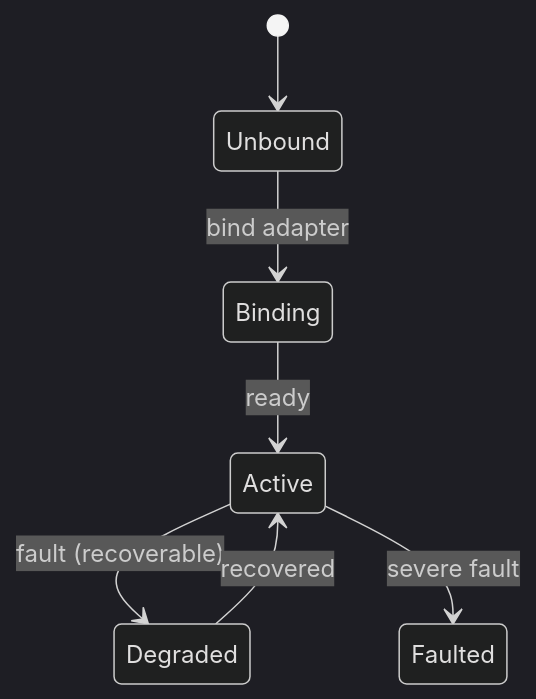
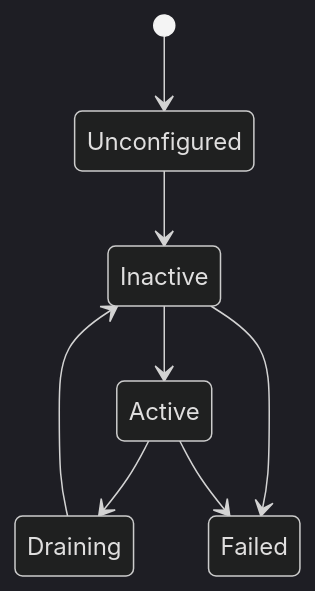
One commit to fabot-sdk/fabot-sdk-docs changed the diagram in docs/usage/status-faults.en.md. Above: the diagram before and after it, drawn with Mermaid (dark theme). The commit also changed other lines of this file and 75 other files, not shown here.

````diff
--- a/docs/usage/status-faults.en.md
+++ b/docs/usage/status-faults.en.md
@@ -42,9 +103,10 @@
 ```mermaid
 stateDiagram-v2
-    [*] --> Unbound
-    Unbound --> Binding : bind adapter
-    Binding --> Active : ready
-    Active --> Degraded : fault (recoverable)
-    Degraded --> Active : recovered
-    Active --> Faulted : severe fault
+    [*] --> Unconfigured
+    Unconfigured --> Inactive
+    Inactive --> Active
+    Active --> Draining
+    Draining --> Inactive
+    Inactive --> Failed
+    Active --> Failed
 ```
````
